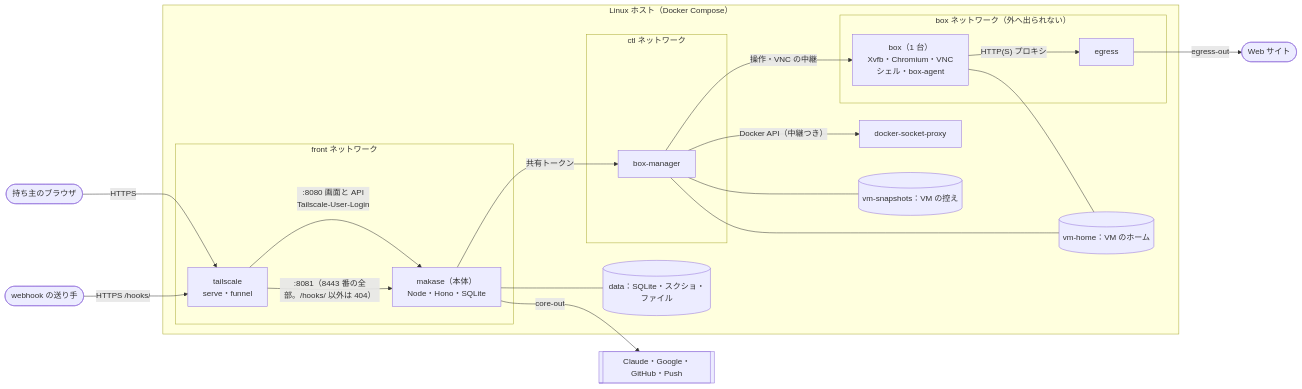
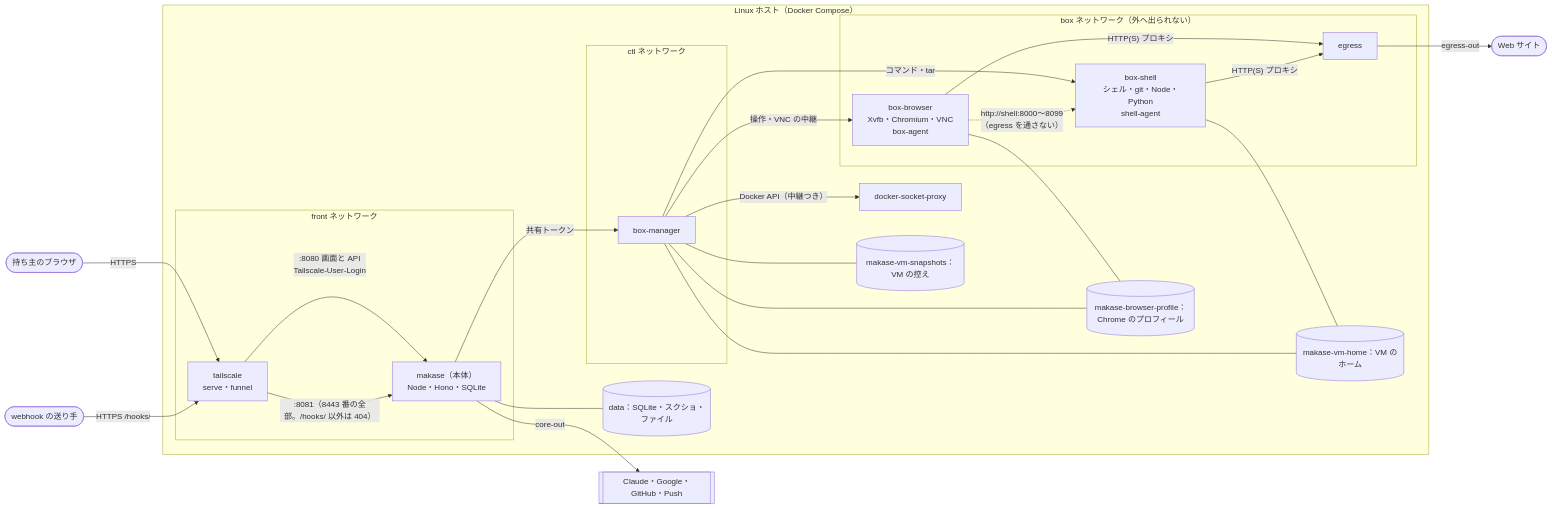
Before and after one commit to itiwoja/agent-team: the second of 3 diagrams in docs/design/07_architecture.md, drawn with Mermaid. The commit also changed other lines of this file and 34 other files, not shown here.

````diff
--- a/docs/design/07_architecture.md
+++ b/docs/design/07_architecture.md
@@ -42,28 +42,34 @@
 ```mermaid
 flowchart LR
  O(["持ち主のブラウザ"]) -->|"HTTPS"| TS["tailscale<br/>serve・funnel"]
  HOOK(["webhook の送り手"]) -->|"HTTPS /hooks/"| TS
  subgraph HOST["Linux ホスト（Docker Compose）"]
   subgraph FRONT["front ネットワーク"]
    TS -->|":8080 画面と API<br/>Tailscale-User-Login"| CORE["makase（本体）<br/>Node・Hono・SQLite"]
    TS -->|":8081（8443 番の全部。/hooks/ 以外は 404）"| CORE
   end
   subgraph CTL["ctl ネットワーク"]
    CORE -->|"共有トークン"| BM["box-manager"]
   end
   BM -->|"Docker API（中継つき）"| DS["docker-socket-proxy"]
-  subgraph BOXNET["box ネットワーク（外へ出られない）"]
-   BM -->|"操作・VNC の中継"| B1["box（1 台）<br/>Xvfb・Chromium・VNC<br/>シェル・box-agent"]
-   B1 -->|"HTTP(S) プロキシ"| EG["egress"]
-  end
-  VOL[("data：SQLite・スクショ・ファイル")]
-  VHOME[("vm-home：VM のホーム")]
-  VSNAP[("vm-snapshots：VM の控え")]
-  CORE --- VOL
-  B1 --- VHOME
-  BM --- VHOME
-  BM --- VSNAP
+ subgraph BOXNET["box ネットワーク（外へ出られない）"]
+  BM -->|"操作・VNC の中継"| BB["box-browser<br/>Xvfb・Chromium・VNC<br/>box-agent"]
+  BM -->|"コマンド・tar"| BS["box-shell<br/>シェル・git・Node・Python<br/>shell-agent"]
+  BB -->|"HTTP(S) プロキシ"| EG["egress"]
+  BS -->|"HTTP(S) プロキシ"| EG
+  BB -.->|"http://shell:8000〜8099<br/>（egress を通さない）"| BS
  end
- EG -->|"egress-out"| WEB(["Web サイト"])
- CORE -->|"core-out"| API[["Claude・Google・GitHub・Push"]]
+ VOL[("data：SQLite・スクショ・ファイル")]
+ VBP[("makase-browser-profile：Chrome のプロフィール")]
+ VHOME[("makase-vm-home：VM のホーム")]
+ VSNAP[("makase-vm-snapshots：VM の控え")]
+ CORE --- VOL
+ BB --- VBP
+ BS --- VHOME
+ BM --- VBP
+ BM --- VHOME
+ BM --- VSNAP
+end
+EG -->|"egress-out"| WEB(["Web サイト"])
+CORE -->|"core-out"| API[["Claude・Google・GitHub・Push"]]
 ```
````
